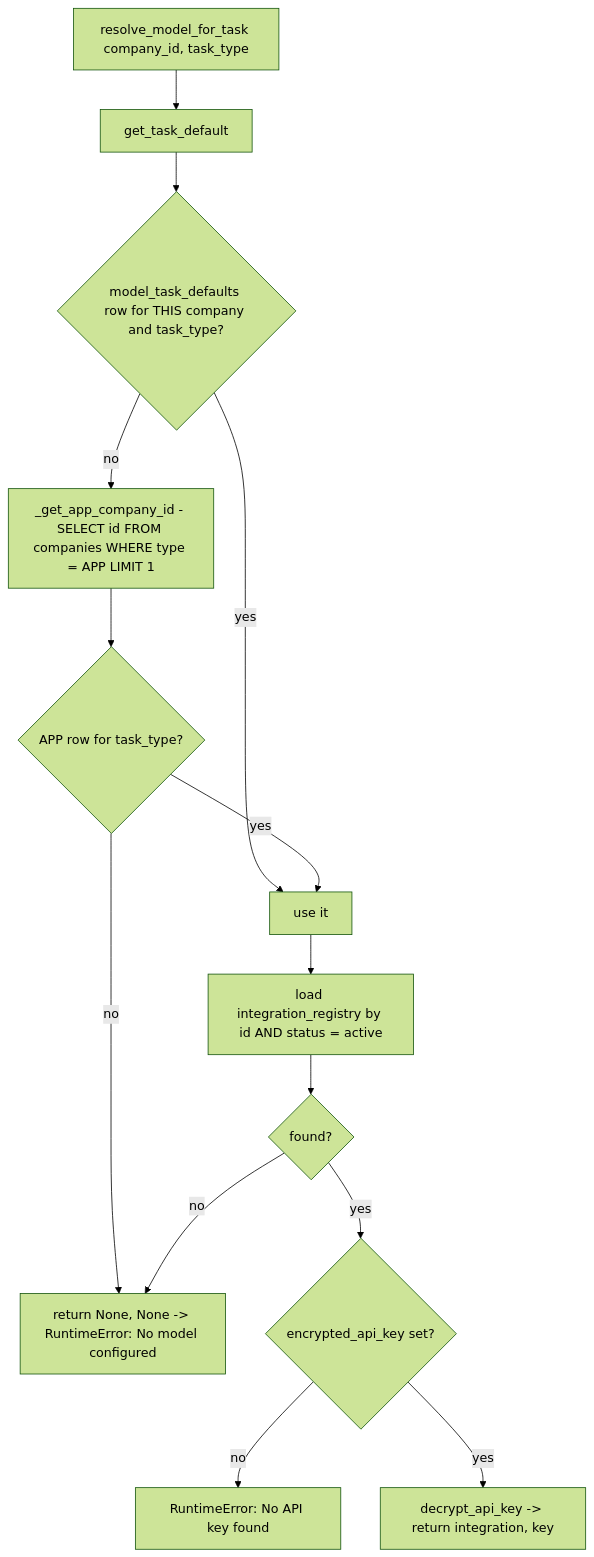
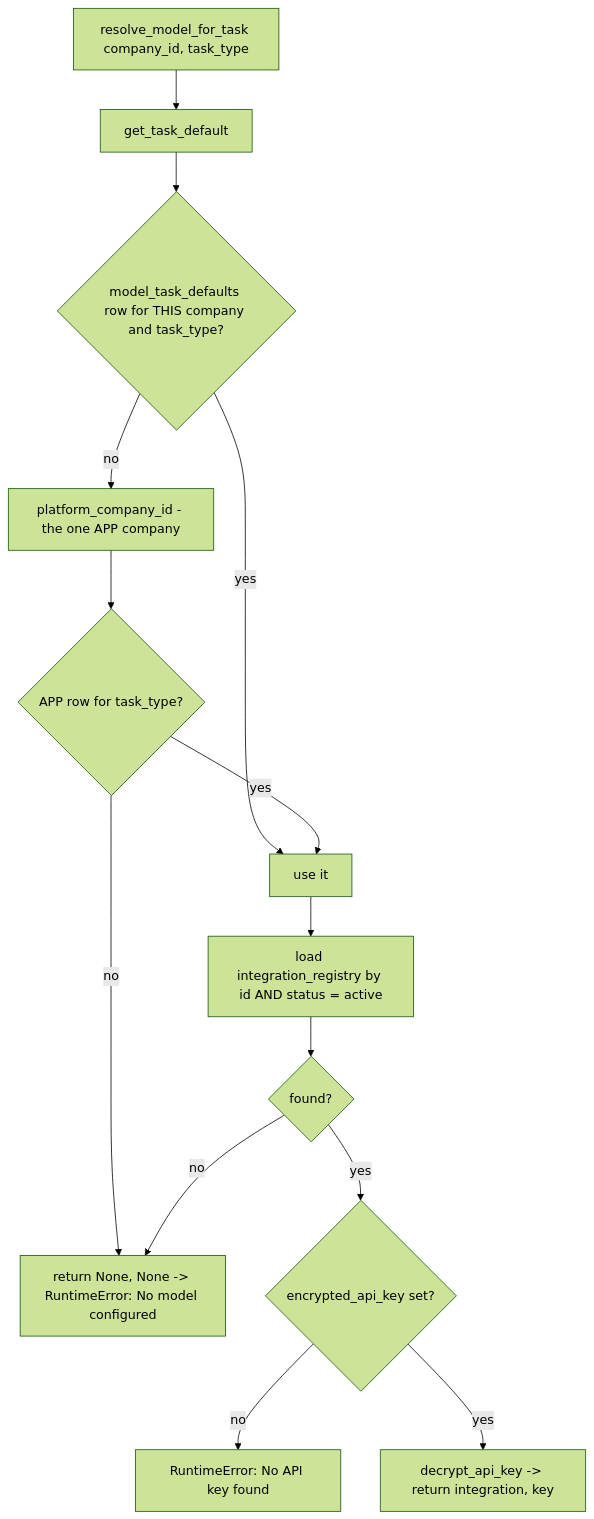
The fourth of 22 diagrams in docs/current/10-llm-providers.md (gondolerahul/hire-buddha-app), drawn with Mermaid (forest theme) before and after one commit. The commit also changed other lines of this file and 13 other files, not shown here.

````diff
--- a/docs/current/10-llm-providers.md
+++ b/docs/current/10-llm-providers.md
@@ -301,16 +301,16 @@
 ```mermaid
 flowchart TD
     A["resolve_model_for_task company_id, task_type"] --> B["get_task_default"]
     B --> C{"model_task_defaults row for THIS company and task_type?"}
     C -->|yes| F["use it"]
-    C -->|no| D["_get_app_company_id - SELECT id FROM companies WHERE type = APP LIMIT 1"]
+    C -->|no| D["platform_company_id - the one APP company"]
     D --> E{"APP row for task_type?"}
     E -->|yes| F
     E -->|no| G["return None, None -> RuntimeError: No model configured"]
     F --> H["load integration_registry by id AND status = active"]
     H --> I{"found?"}
     I -->|no| G
     I -->|yes| J{"encrypted_api_key set?"}
     J -->|no| K["RuntimeError: No API key found"]
     J -->|yes| L["decrypt_api_key -> return integration, key"]
 ```
````
